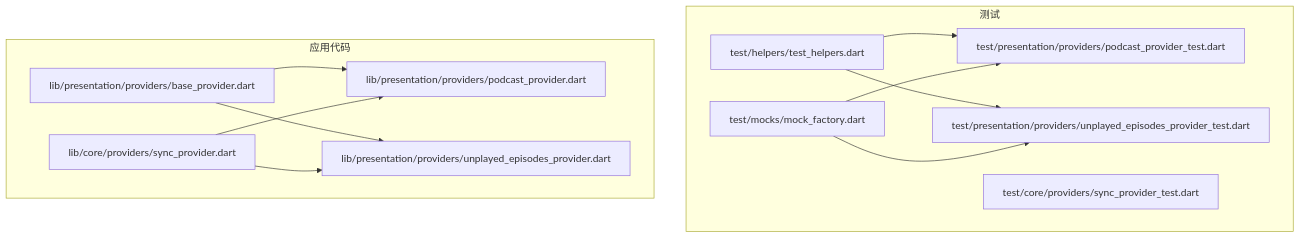
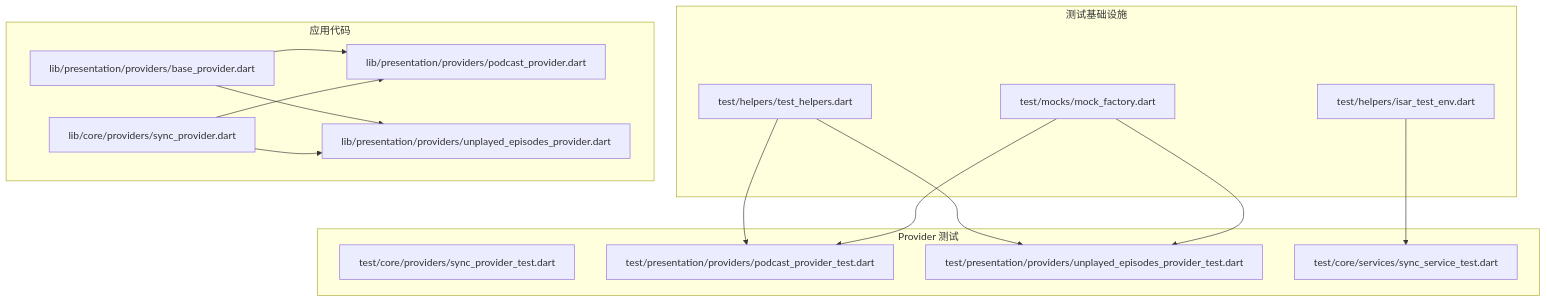
The first of 8 diagrams in .qoder/repowiki/zh/content/架构设计/设计模式应用/Provider Pattern（提供者模式）/Provider 测试策略.md (ZTfer/Tinycast), drawn with Mermaid before and after one commit. The commit also changed other lines of this file and 7 other files, not shown here.

````diff
--- a/.qoder/repowiki/zh/content/架构设计/设计模式应用/Provider Pattern（提供者模式）/Provider 测试策略.md
+++ b/.qoder/repowiki/zh/content/架构设计/设计模式应用/Provider Pattern（提供者模式）/Provider 测试策略.md
@@ -40,24 +51,29 @@
 ```mermaid
 graph TB
-subgraph "测试"
+subgraph "测试基础设施"
 TH["test/helpers/test_helpers.dart"]
+ITE["test/helpers/isar_test_env.dart"]
 MF["test/mocks/mock_factory.dart"]
+end
+subgraph "Provider 测试"
 TSP["test/core/providers/sync_provider_test.dart"]
 TPP["test/presentation/providers/podcast_provider_test.dart"]
 UEP["test/presentation/providers/unplayed_episodes_provider_test.dart"]
+SST["test/core/services/sync_service_test.dart"]
 end
 subgraph "应用代码"
 BP["lib/presentation/providers/base_provider.dart"]
 SP["lib/core/providers/sync_provider.dart"]
 PP["lib/presentation/providers/podcast_provider.dart"]
 UEPP["lib/presentation/providers/unplayed_episodes_provider.dart"]
 end
 TH --> TPP
 TH --> UEP
+ITE --> SST
 MF --> TPP
 MF --> UEP
 BP --> PP
 BP --> UEPP
 SP --> PP
 SP --> UEPP
 ```
````
